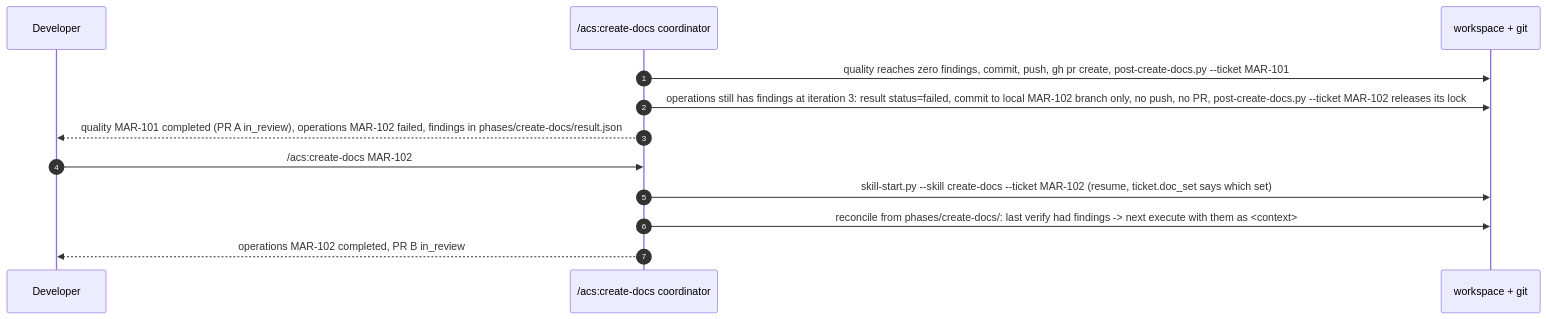
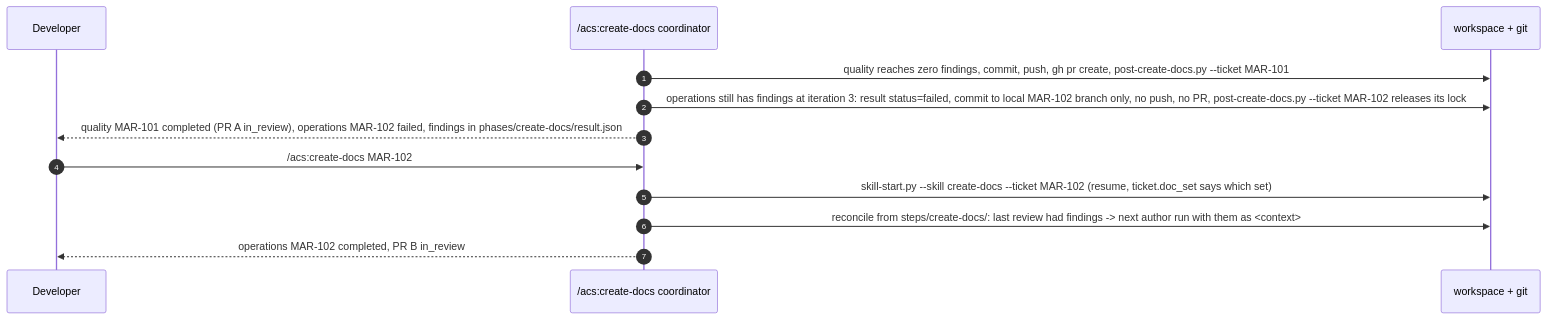
One commit to globalmindsolution/gms-marketplace changed the second of 2 diagrams in docs/architecture/lld/flows/doc-bootstrap-fanout.md. Above: the diagram before and after it, drawn with Mermaid. The commit also changed other lines of this file and 255 other files, not shown here.

````diff
--- a/docs/architecture/lld/flows/doc-bootstrap-fanout.md
+++ b/docs/architecture/lld/flows/doc-bootstrap-fanout.md
@@ -76,15 +77,15 @@
 ```mermaid
 sequenceDiagram
     autonumber
     participant Dev as Developer
     participant CD as /acs:create-docs coordinator
     participant WS as workspace + git
 
     CD->>WS: quality reaches zero findings, commit, push, gh pr create, post-create-docs.py --ticket MAR-101
     CD->>WS: operations still has findings at iteration 3: result status=failed, commit to local MAR-102 branch only, no push, no PR, post-create-docs.py --ticket MAR-102 releases its lock
     CD-->>Dev: quality MAR-101 completed (PR A in_review), operations MAR-102 failed, findings in phases/create-docs/result.json
     Dev->>CD: /acs:create-docs MAR-102
     CD->>WS: skill-start.py --skill create-docs --ticket MAR-102 (resume, ticket.doc_set says which set)
-    CD->>WS: reconcile from phases/create-docs/: last verify had findings -> next execute with them as <context>
+    CD->>WS: reconcile from steps/create-docs/: last review had findings -> next author run with them as <context>
     CD-->>Dev: operations MAR-102 completed, PR B in_review
 ```
````
